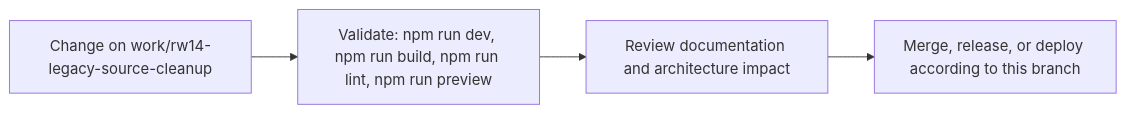
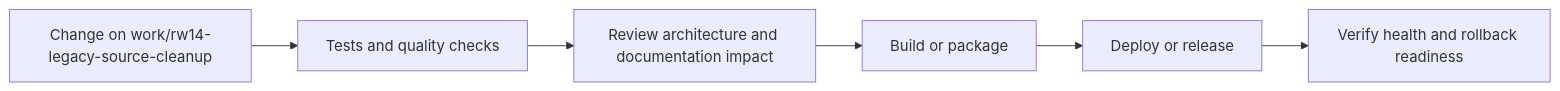
One commit to Nischhalsubba/Reeja-Maharjan-Website-2026 changed the fourth of 5 diagrams in README.md. Above: the diagram before and after it, drawn with Mermaid. The commit also changed other lines of this file, not shown here.

````diff
--- a/README.md
+++ b/README.md
@@ -81,8 +161,8 @@
 ```mermaid
 flowchart LR
-    CHANGE["Change on work/rw14-legacy-source-cleanup"]
-    CHECK["Validate: npm run dev, npm run build, npm run lint, npm run preview"]
-    REVIEW["Review documentation and architecture impact"]
-    RELEASE["Merge, release, or deploy according to this branch"]
-    CHANGE --> CHECK --> REVIEW --> RELEASE
+    CHANGE["Change on work/rw14-legacy-source-cleanup"] --> CHECK["Tests and quality checks"]
+    CHECK --> REVIEW["Review architecture and documentation impact"]
+    REVIEW --> BUILD["Build or package"]
+    BUILD --> DEPLOY["Deploy or release"]
+    DEPLOY --> VERIFY["Verify health and rollback readiness"]
 ```
````
